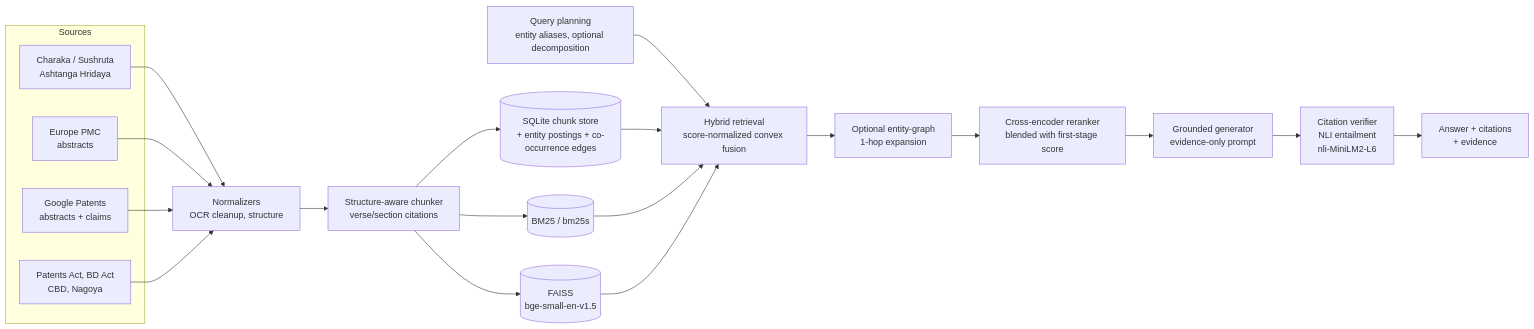
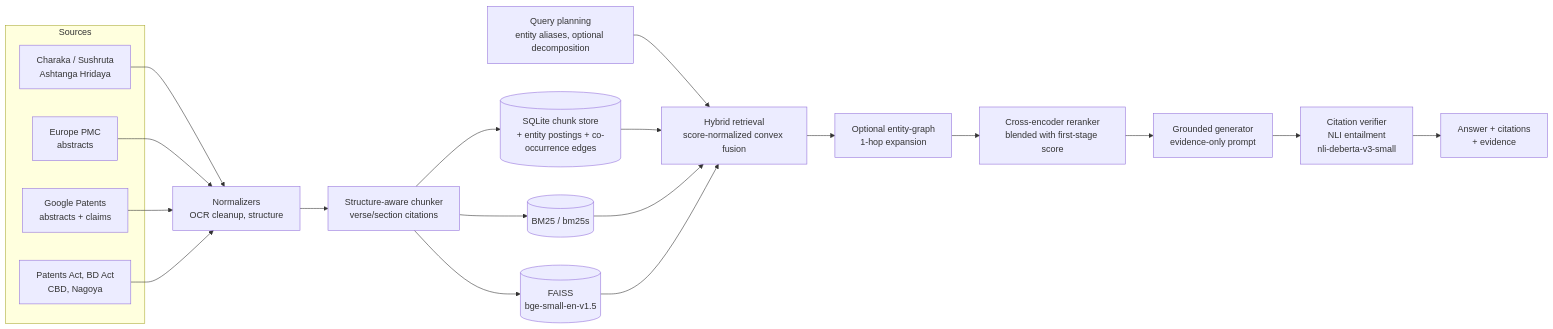
The diagram in README.md (NucLeYA-techi/ayurveda-rag), drawn with Mermaid before and after one commit.

Commit message:
Fix verifier model label in architecture diagram

````diff
--- a/README.md
+++ b/README.md
@@ -13,21 +13,21 @@
 ```mermaid
 flowchart LR
     subgraph Sources
         C[Charaka / Sushruta<br/>Ashtanga Hridaya]
         P[Europe PMC<br/>abstracts]
         T[Google Patents<br/>abstracts + claims]
         L[Patents Act, BD Act<br/>CBD, Nagoya]
     end
     C & P & T & L --> N[Normalizers<br/>OCR cleanup, structure]
     N --> K[Structure-aware chunker<br/>verse/section citations]
     K --> S[(SQLite chunk store<br/>+ entity postings + co-occurrence edges)]
     K --> B[(BM25 / bm25s)]
     K --> D[(FAISS<br/>bge-small-en-v1.5)]
     Q[Query planning<br/>entity aliases, optional decomposition] --> H
     S & B & D --> H[Hybrid retrieval<br/>score-normalized convex fusion]
     H --> E[Optional entity-graph<br/>1-hop expansion]
     E --> R[Cross-encoder reranker<br/>blended with first-stage score]
     R --> G[Grounded generator<br/>evidence-only prompt]
-    G --> V[Citation verifier<br/>NLI entailment<br/>nli-MiniLM2-L6]
+    G --> V[Citation verifier<br/>NLI entailment<br/>nli-deberta-v3-small]
     V --> A[Answer + citations<br/>+ evidence]
 ```
````
